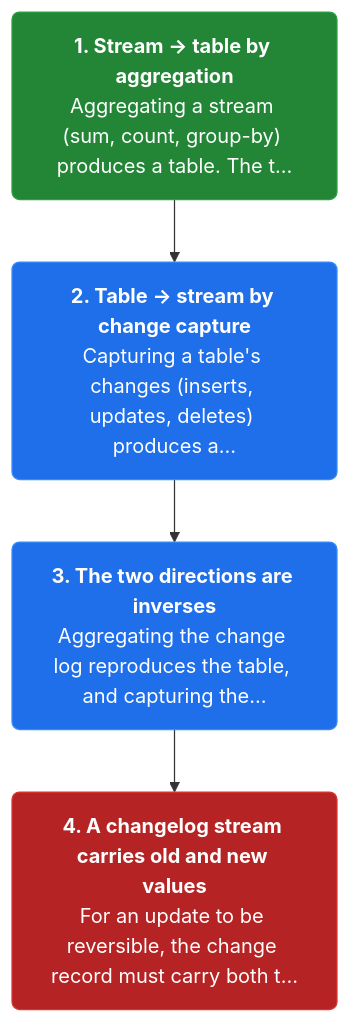
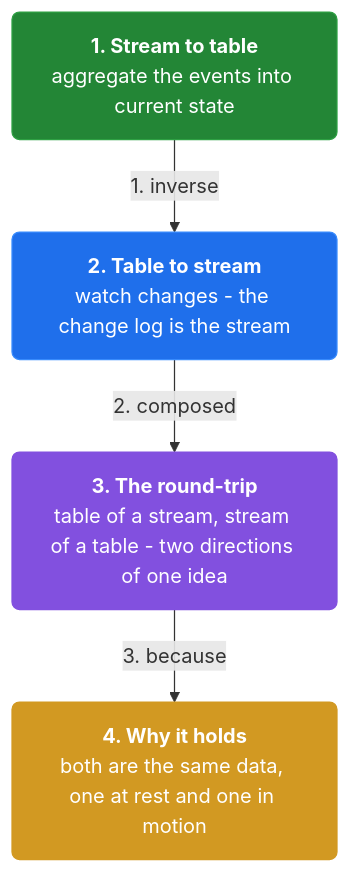
The second of 19 diagrams in docs/ch06-streams-and-tables.md (vinayakuber/streaming-systems-study-guide), drawn with Mermaid before and after one commit. The commit also changed other lines of this file and 12 other files, not shown here.

First line of the commit message:
Author per-section and per-card mermaid diagrams (110 diagrams)

````diff
--- a/docs/ch06-streams-and-tables.md
+++ b/docs/ch06-streams-and-tables.md
@@ -51,13 +53,15 @@
 ```mermaid
 flowchart TD
-  classDef step fill:#1f6feb,color:#ffffff,stroke:#388bfd,stroke-width:1px,rx:6
+  classDef step fill:#1f6feb,color:#ffffff,stroke:#388bfd,rx:6
+  classDef core fill:#8250df,color:#ffffff,stroke:#8250df,rx:6
+  classDef warn fill:#d29922,color:#ffffff,stroke:#d29922,rx:6
   classDef start fill:#238636,color:#ffffff,stroke:#2ea043,rx:6
   classDef stop fill:#b62324,color:#ffffff,stroke:#da3633,rx:6
-  s1n0["<b>1. Stream -&gt; table by aggregation</b><br/>Aggregating a stream (sum, count, group-by) produces a table. The t…"]:::start
-  s1n1["<b>2. Table -&gt; stream by change capture</b><br/>Capturing a table's changes (inserts, updates, deletes) produces a…"]:::step
-  s1n2["<b>3. The two directions are inverses</b><br/>Aggregating the change log reproduces the table, and capturing the…"]:::step
-  s1n3["<b>4. A changelog stream carries old and new values</b><br/>For an update to be reversible, the change record must carry both t…"]:::stop
-  s1n0 --> s1n1
-  s1n1 --> s1n2
-  s1n2 --> s1n3
+  n0["<b>1. Stream to table</b><br/>aggregate the events into current state"]:::start
+  n1["<b>2. Table to stream</b><br/>watch changes - the change log is the stream"]:::step
+  n2["<b>3. The round-trip</b><br/>table of a stream, stream of a table - two directions of one idea"]:::core
+  n3["<b>4. Why it holds</b><br/>both are the same data, one at rest and one in motion"]:::warn
+  n0 -->|"1. inverse"| n1
+  n1 -->|"2. composed"| n2
+  n2 -->|"3. because"| n3
 ```
````
